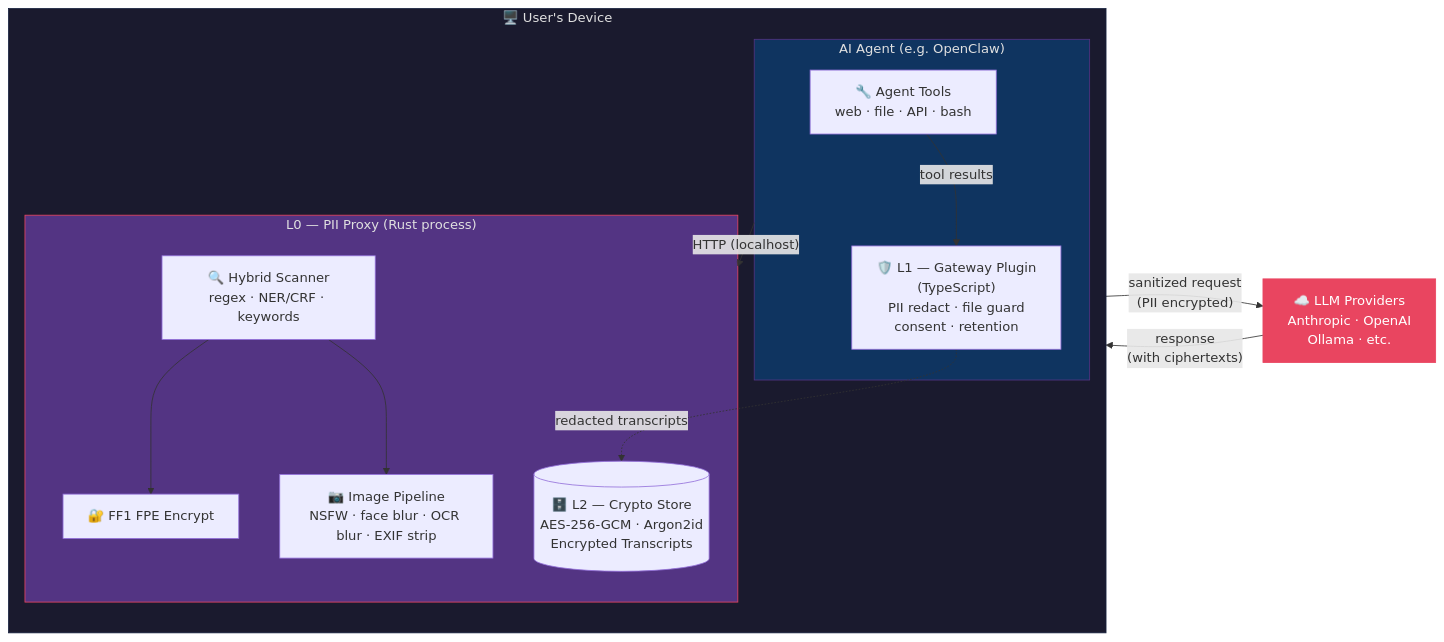
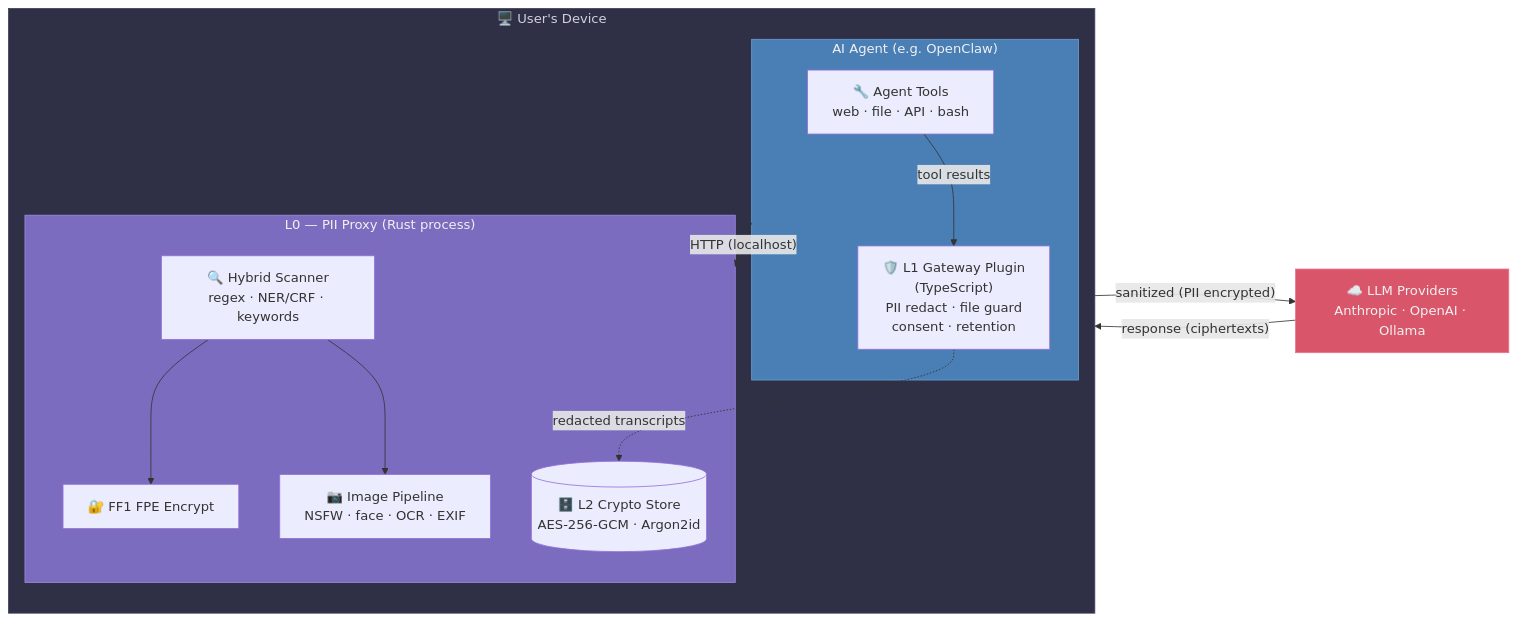
One commit to OpenObscure/OpenObscure changed the third of 5 diagrams in README.md. Above: the diagram before and after it, drawn with Mermaid. The commit also changed other lines of this file and 7 other files, not shown here.

First line of the commit message:
Improve diagrams, screenshot, and repo hygiene

````diff
--- a/README.md
+++ b/README.md
@@ -88,28 +88,28 @@
 ```mermaid
 flowchart LR
     subgraph device ["🖥️ User's Device"]
         direction TB
         subgraph agent ["AI Agent (e.g. OpenClaw)"]
-            tools["🔧 Agent Tools\nweb · file · API · bash"]
-            L1["🛡️ L1 — Gateway Plugin\n(TypeScript)\nPII redact · file guard\nconsent · retention"]
+            tools["🔧 Agent Tools<br>web · file · API · bash"]
+            L1["🛡️ L1 Gateway Plugin<br>(TypeScript)<br>PII redact · file guard<br>consent · retention"]
             tools -- "tool results" --> L1
         end
         subgraph proxy ["L0 — PII Proxy (Rust process)"]
-            scanner["🔍 Hybrid Scanner\nregex · NER/CRF · keywords"]
+            scanner["🔍 Hybrid Scanner<br>regex · NER/CRF · keywords"]
             fpe["🔐 FF1 FPE Encrypt"]
-            img["📷 Image Pipeline\nNSFW · face blur · OCR blur · EXIF strip"]
-            crypt[("🗄️ L2 — Crypto Store\nAES-256-GCM · Argon2id\nEncrypted Transcripts")]
+            img["📷 Image Pipeline<br>NSFW · face · OCR · EXIF"]
+            crypt[("🗄️ L2 Crypto Store<br>AES-256-GCM · Argon2id")]
             scanner --> fpe
             scanner --> img
         end
         agent -- "HTTP (localhost)" --> proxy
         L1 -. "redacted transcripts" .-> crypt
     end
-    proxy -- "sanitized request\n(PII encrypted)" --> llm["☁️ LLM Providers\nAnthropic · OpenAI\nOllama · etc."]
-    llm -- "response\n(with ciphertexts)" --> proxy
+    proxy -- "sanitized (PII encrypted)" --> llm["☁️ LLM Providers<br>Anthropic · OpenAI · Ollama"]
+    llm -- "response (ciphertexts)" --> proxy
 
-    style device fill:#1a1a2e,stroke:#16213e,color:#e0e0e0
-    style agent fill:#0f3460,stroke:#533483,color:#e0e0e0
-    style proxy fill:#533483,stroke:#e94560,color:#e0e0e0
-    style llm fill:#e94560,stroke:#e94560,color:#fff
+    style device fill:#2f2f45,stroke:#3f3f5e,color:#d0d0e0
+    style agent fill:#4a7fb5,stroke:#6a9fd5,color:#f0f0f0
+    style proxy fill:#7c6cbf,stroke:#9c8cdf,color:#f0f0f0
+    style llm fill:#d9556a,stroke:#e97585,color:#f0f0f0
 ```
````
